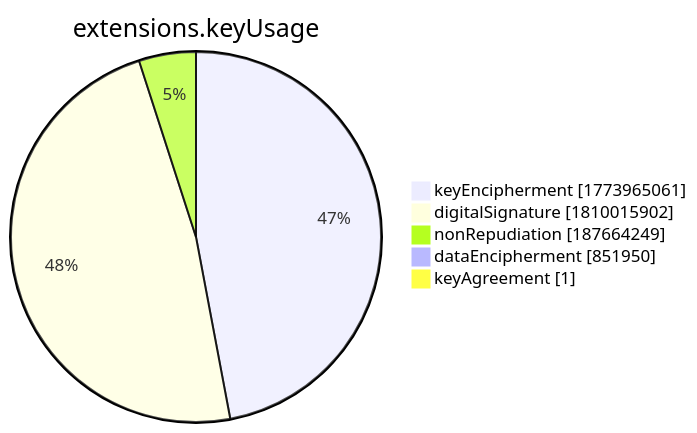
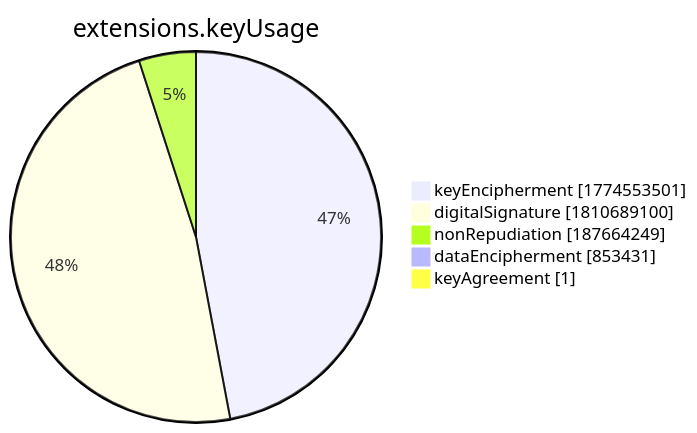
One commit to christiankrug/ctmonitor_visualization changed the seventh of 15 diagrams in xenon2022/README.md. Above: the diagram before and after it, drawn with Mermaid. The commit also changed other lines of this file, not shown here.

````diff
--- a/xenon2022/README.md
+++ b/xenon2022/README.md
@@ -2859,9 +2859,9 @@
 ```mermaid
 pie showData
 title extensions.keyUsage
-"keyEncipherment" :1773965061
-"digitalSignature" :1810015902
+"keyEncipherment" :1774553501
+"digitalSignature" :1810689100
 "nonRepudiation" :187664249
-"dataEncipherment" :851950
+"dataEncipherment" :853431
 "keyAgreement" :1
 ```
````
